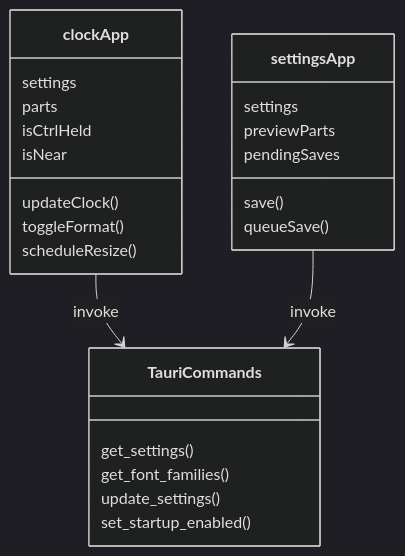
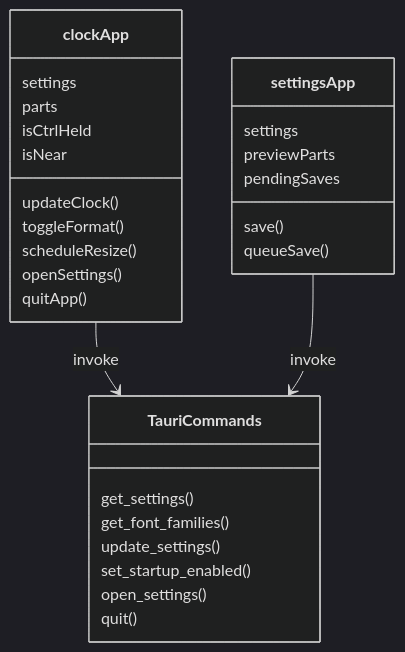
The first of 2 diagrams in src/doc/workflow_diagram.md (tbkmax/TopClock), drawn with Mermaid (dark theme) before and after one commit. The commit also changed 9 other files, not shown here.

````diff
--- a/src/doc/workflow_diagram.md
+++ b/src/doc/workflow_diagram.md
@@ -5,27 +5,31 @@
 ```mermaid
 classDiagram
     class clockApp {
       settings
       parts
       isCtrlHeld
       isNear
       updateClock()
       toggleFormat()
       scheduleResize()
+      openSettings()
+      quitApp()
     }
     class settingsApp {
       settings
       previewParts
       pendingSaves
       save()
       queueSave()
     }
     class TauriCommands {
       get_settings()
       get_font_families()
       update_settings()
       set_startup_enabled()
+      open_settings()
+      quit()
     }
     clockApp --> TauriCommands : invoke
     settingsApp --> TauriCommands : invoke
 ```
````
